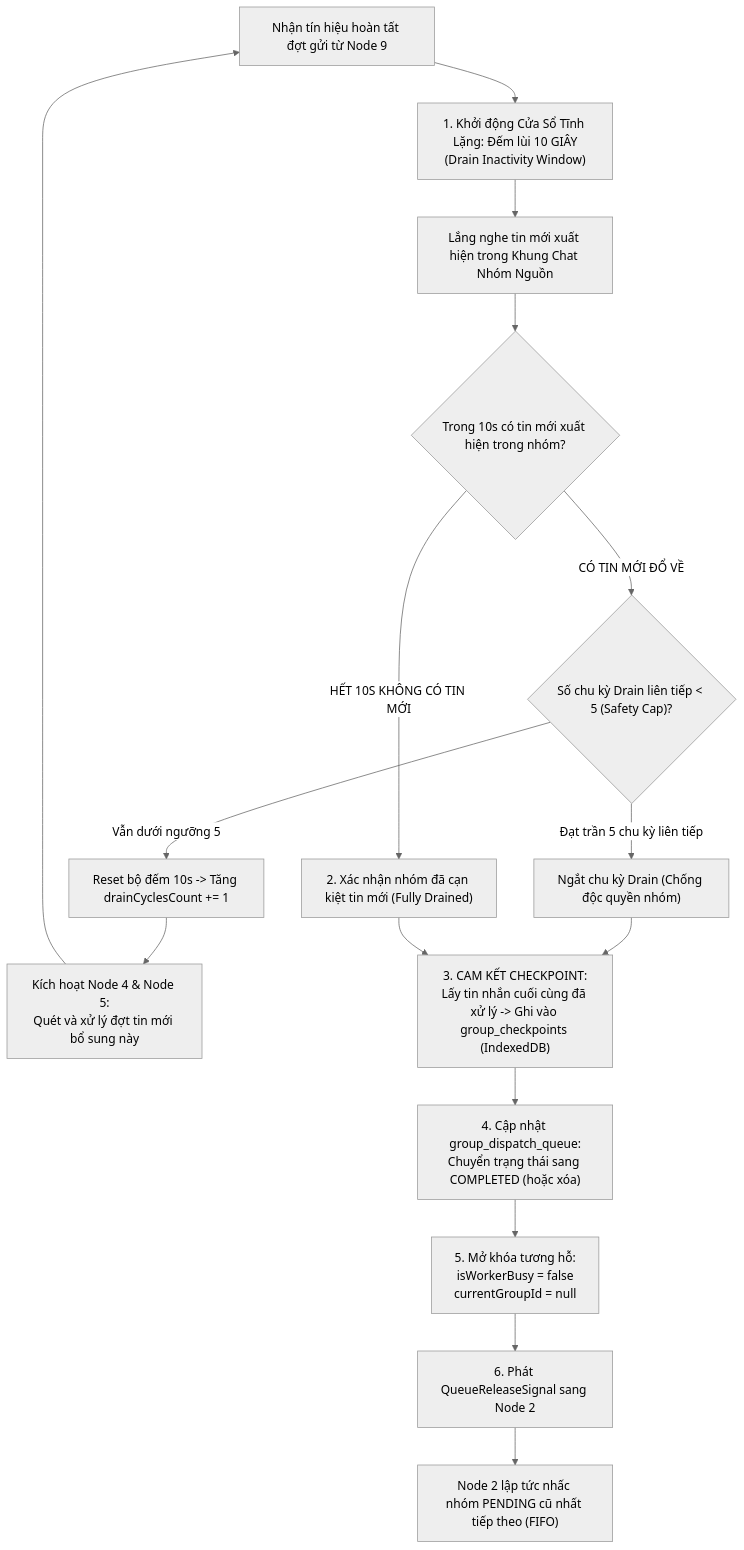
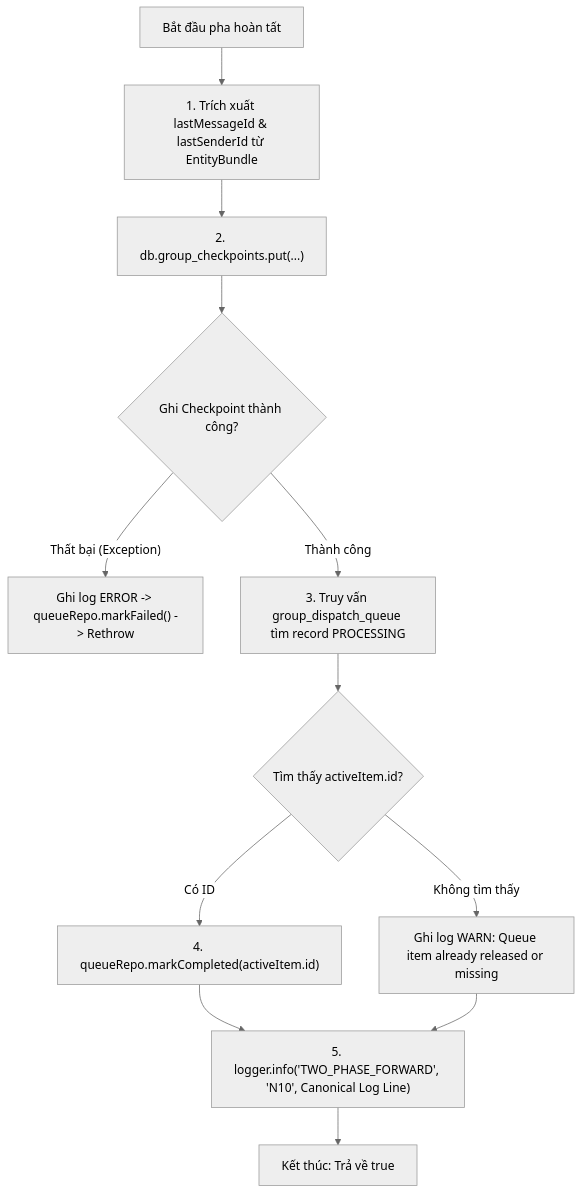
One commit to vuthuonghai-steve/auto-rep-zalo changed the fourth of 4 diagrams in Docs/Start-node/10_checkpoint_committer_queue_releaser_node.md. Above: the diagram before and after it, drawn with Mermaid (neutral theme). The commit also changed other lines of this file and 10 other files, not shown here.

Commit message:
docs(start-node): standardize 10-node SDD specs with AI-first baseline and portable relative links

````diff
--- a/Docs/Start-node/10_checkpoint_committer_queue_releaser_node.md
+++ b/Docs/Start-node/10_checkpoint_committer_queue_releaser_node.md
@@ -78,27 +212,17 @@
 ```mermaid
 flowchart TD
-    Start["Nhận tín hiệu hoàn tất đợt gửi từ Node 9"] --> EnterDrain["1. Khởi động Cửa Sổ Tĩnh Lặng: Đếm lùi 10 GIÂY\n(Drain Inactivity Window)"]
+    Start["Bắt đầu pha hoàn tất"] --> ExtractMsg["1. Trích xuất lastMessageId & lastSenderId từ EntityBundle"]
+    ExtractMsg --> PutCP["2. db.group_checkpoints.put(...)"]
+    PutCP --> CheckCP{"Ghi Checkpoint thành công?"}
     
-    EnterDrain --> ListenNewMsg["Lắng nghe tin mới xuất hiện trong Khung Chat Nhóm Nguồn"]
+    CheckCP -- "Thất bại (Exception)" --> Escalate["Ghi log ERROR -> queueRepo.markFailed() -> Rethrow"]
+    CheckCP -- "Thành công" --> QueryActive["3. Truy vấn group_dispatch_queue tìm record PROCESSING"]
     
-    ListenNewMsg --> HasNewIn10s{"Trong 10s có tin mới xuất hiện trong nhóm?"}
+    QueryActive --> HasActive{"Tìm thấy activeItem.id?"}
+    HasActive -- "Có ID" --> MarkComp["4. queueRepo.markCompleted(activeItem.id)"]
+    HasActive -- "Không tìm thấy" --> LogWarn["Ghi log WARN: Queue item already released or missing"]
     
-    HasNewIn10s -- "CÓ TIN MỚI ĐỔ VỀ" --> CheckCap{"Số chu kỳ Drain liên tiếp < 5 (Safety Cap)?"}
-    
-    CheckCap -- "Vẫn dưới ngưỡng 5" --> ResetTimer["Reset bộ đếm 10s -> Tăng drainCyclesCount += 1"]
-    ResetTimer --> ReTrigger["Kích hoạt Node 4 & Node 5:\nQuét và xử lý đợt tin mới bổ sung này"]
-    ReTrigger --> Start
-    
-    CheckCap -- "Đạt trần 5 chu kỳ liên tiếp" --> ForceDrain["Ngắt chu kỳ Drain (Chống độc quyền nhóm)"]
-    ForceDrain --> CommitCheckpoint
-    
-    HasNewIn10s -- "HẾT 10S KHÔNG CÓ TIN MỚI" --> DrainComplete["2. Xác nhận nhóm đã cạn kiệt tin mới (Fully Drained)"]
-    DrainComplete --> CommitCheckpoint["3. CAM KẾT CHECKPOINT:\nLấy tin nhắn cuối cùng đã xử lý -> Ghi vào group_checkpoints (IndexedDB)"]
-    
-    CommitCheckpoint --> UpdateQueueDB["4. Cập nhật group_dispatch_queue:\nChuyển trạng thái sang COMPLETED (hoặc xóa)"]
-    
-    UpdateQueueDB --> UnlockMutex["5. Mở khóa tương hỗ:\nisWorkerBusy = false\ncurrentGroupId = null"]
-    
-    UnlockMutex --> EmitRelease["6. Phát QueueReleaseSignal sang Node 2"]
-    EmitRelease --> Node2Pop["Node 2 lập tức nhấc nhóm PENDING cũ nhất tiếp theo (FIFO)"]
+    MarkComp --> EmitLog["5. logger.info('TWO_PHASE_FORWARD', 'N10', Canonical Log Line)"]
+    LogWarn --> EmitLog
+    EmitLog --> Done["Kết thúc: Trả về true"]
 ```
````
